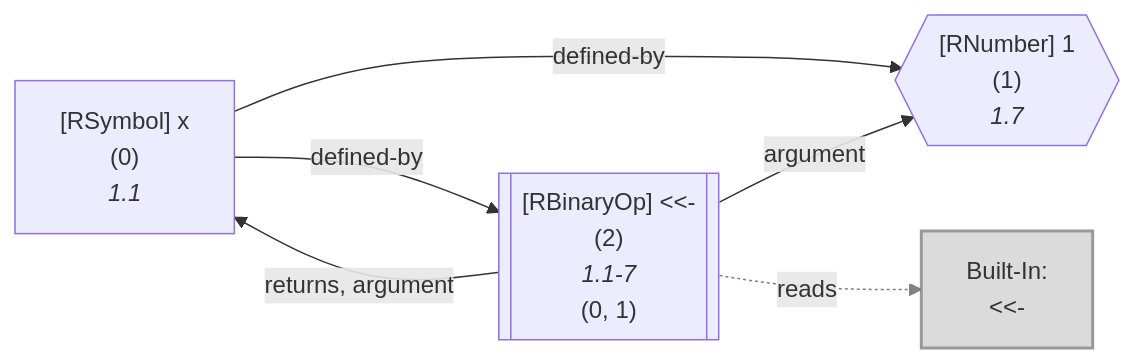
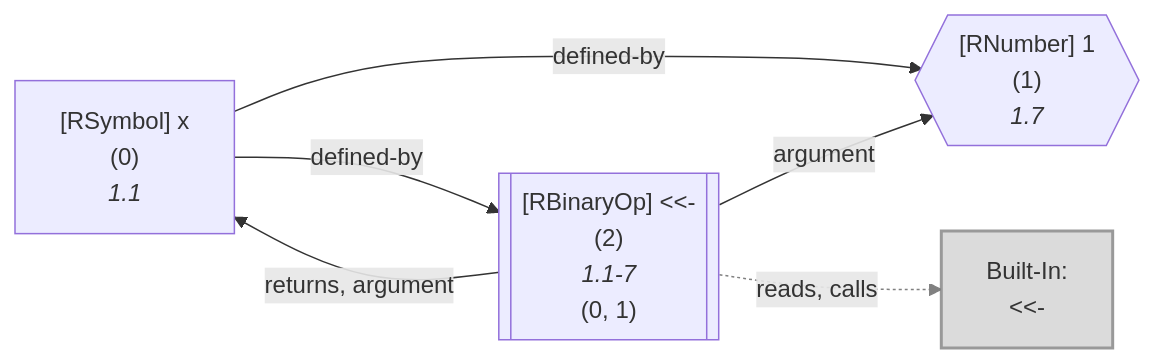
Before and after one commit to flowr-analysis/flowr: diagram 19 of 51 in wiki/Dataflow Graph.md, drawn with Mermaid. The commit also changed other lines of this file and 8 other files, not shown here.

Commit message:
[skip ci] doc: update generated wiki pages (wiki/Capabilities,wiki/Dataflow Graph,wiki/Query API,wiki/Search API,wiki/Engines,wiki/Interface,wiki/Control Flow Graph,wiki/Core,README)

````diff
--- a/wiki/Dataflow Graph.md
+++ b/wiki/Dataflow Graph.md
@@ -2752,22 +2752,22 @@
 ```mermaid
 flowchart LR
     1{{"`#91;RNumber#93; 1
       (1)
       *1.7*`"}}
     0["`#91;RSymbol#93; x
       (0)
       *1.1*`"]
     2[["`#91;RBinaryOp#93; #60;#60;#45;
       (2)
       *1.1-7*
     (0, 1)`"]]
     built-in:__-["`Built-In:
 #60;#60;#45;`"]
     style built-in:__- stroke:gray,fill:lightgray,stroke-width:2px,opacity:.8;
     0 -->|"defined-by"| 1
     0 -->|"defined-by"| 2
     2 -->|"argument"| 1
     2 -->|"returns, argument"| 0
-    2 -.->|"reads"| built-in:__-
+    2 -.->|"reads, calls"| built-in:__-
     linkStyle 4 stroke:gray;
 ```
````
